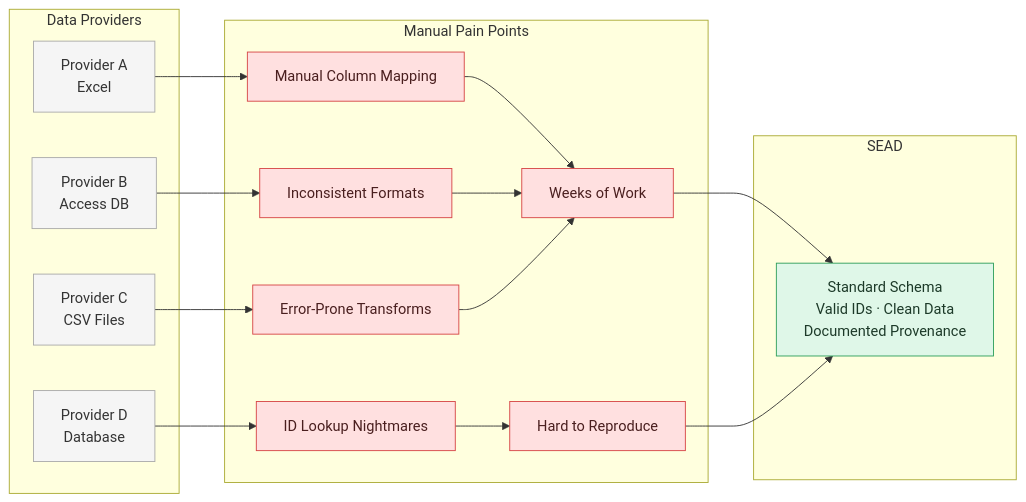
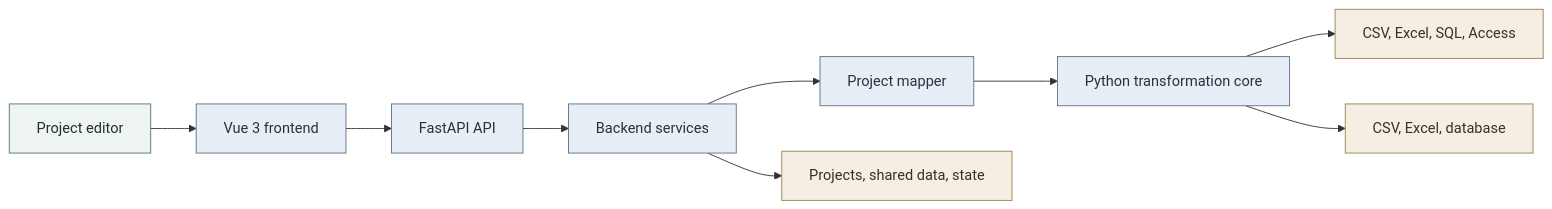
Before and after one commit to humlab-sead/sead_shape_shifter: the first of 7 diagrams in docs/DIAGRAMS.md, drawn with Mermaid. The commit also changed other lines of this file and 25 other files, not shown here.

````diff
--- a/docs/DIAGRAMS.md
+++ b/docs/DIAGRAMS.md
@@ -9,41 +9,18 @@
 ```mermaid
 flowchart LR
-    subgraph "Data Providers"
-        P1[Provider A<br/>Excel]
-        P2[Provider B<br/>Access DB]
-        P3[Provider C<br/>CSV Files]
-        P4[Provider D<br/>Database]
-    end
+    User[Project editor] --> UI[Vue 3 frontend]
+    UI --> API[FastAPI API]
+    API --> Services[Backend services]
+    Services --> Mapper[Project mapper]
+    Mapper --> Core[Python transformation core]
+    Core --> Sources[CSV, Excel, SQL, Access]
+    Core --> Output[CSV, Excel, database]
+    Services --> Files[Projects, shared data, state]
 
-    subgraph "Manual Pain Points"
-        M1[Manual Column Mapping]
-        M2[Inconsistent Formats]
-        M3[Error-Prone Transforms]
-        M4[ID Lookup Nightmares]
-        M5[Weeks of Work]
-        M6[Hard to Reproduce]
-    end
-
-    subgraph "SEAD"
-        S[Standard Schema<br/>Valid IDs · Clean Data<br/>Documented Provenance]
-    end
-
-    P1 --> M1
-    P2 --> M2
-    P3 --> M3
-    P4 --> M4
-    M1 --> M5
-    M2 --> M5
-    M3 --> M5
-    M4 --> M6
-    M5 --> S
-    M6 --> S
-
-    classDef provider fill:#f5f5f5,stroke:#aaa,color:#333;
-    classDef pain fill:#ffe0e0,stroke:#d64545,color:#4a1f1f;
-    classDef goal fill:#dff7e8,stroke:#2e9f5b,color:#1d3a29;
-
-    class P1,P2,P3,P4 provider;
-    class M1,M2,M3,M4,M5,M6 pain;
-    class S goal;
+    classDef actor fill:#eef4f1,stroke:#527568,color:#1f302a;
+    classDef app fill:#e7eef5,stroke:#58728c,color:#243241;
+    classDef data fill:#f5efe3,stroke:#9b8153,color:#3b3020;
+    class User actor;
+    class UI,API,Services,Mapper,Core app;
+    class Sources,Output,Files data;
 ```
````
